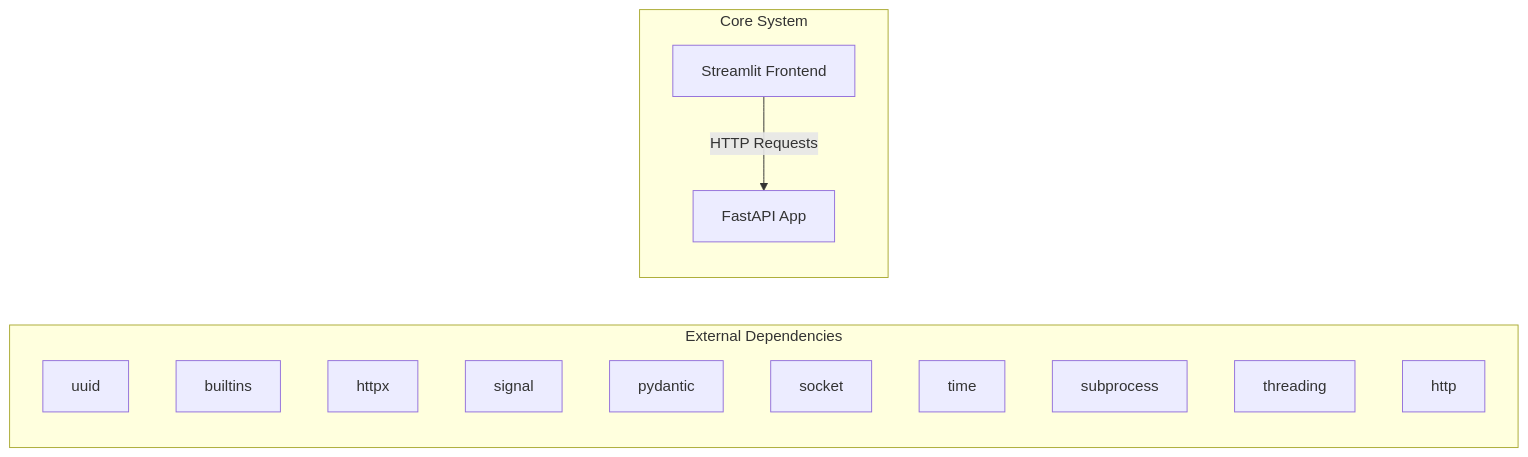
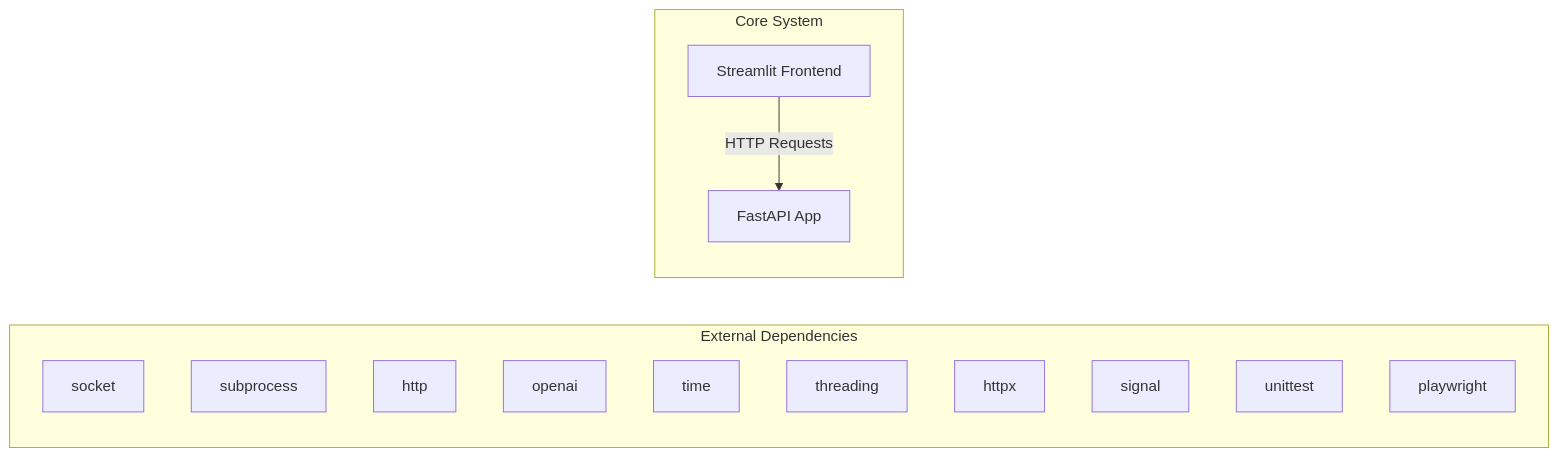
Before and after one commit to NITISH-R-G/rag-context-optimizer: the first of 2 diagrams in docs/architecture.md, drawn with Mermaid. The commit also changed 1 other file, not shown here.

Commit message:
docs: auto-update repository knowledge, architecture diagrams, and documentation

````diff
--- a/docs/architecture.md
+++ b/docs/architecture.md
@@ -7,20 +7,20 @@
 ```mermaid
 graph LR
     subgraph External Dependencies
-        E0["uuid"]
-        E1["builtins"]
-        E2["httpx"]
-        E3["signal"]
-        E4["pydantic"]
-        E5["socket"]
-        E6["time"]
-        E7["subprocess"]
-        E8["threading"]
-        E9["http"]
+        E0["socket"]
+        E1["subprocess"]
+        E2["http"]
+        E3["openai"]
+        E4["time"]
+        E5["threading"]
+        E6["httpx"]
+        E7["signal"]
+        E8["unittest"]
+        E9["playwright"]
     end
     subgraph Core System
         API["FastAPI App"]
         UI["Streamlit Frontend"]
     end
     UI -->|HTTP Requests| API
 ```
````
